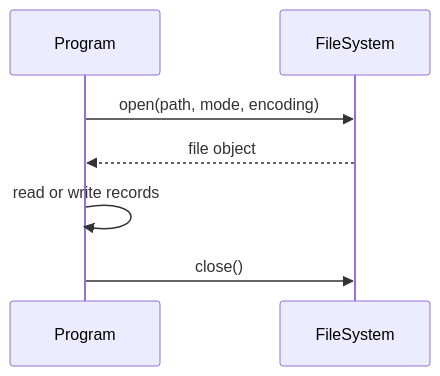
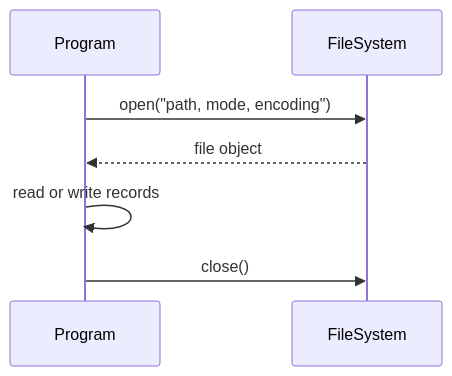
Before and after one commit to justinbrianhwang/SJ-wiki: the diagram in docs/cs/programming/python/files-and-context-managers.md, drawn with Mermaid. The commit also changed other lines of this file and 53 other files, not shown here.

````diff
--- a/docs/cs/programming/python/files-and-context-managers.md
+++ b/docs/cs/programming/python/files-and-context-managers.md
@@ -73,9 +79,9 @@
 ```mermaid
 sequenceDiagram
   participant Program
   participant FileSystem
-  Program->>FileSystem: open(path, mode, encoding)
+  Program->>FileSystem: open("path, mode, encoding")
   FileSystem-->>Program: file object
   Program->>Program: read or write records
   Program->>FileSystem: close()
 ```
````
